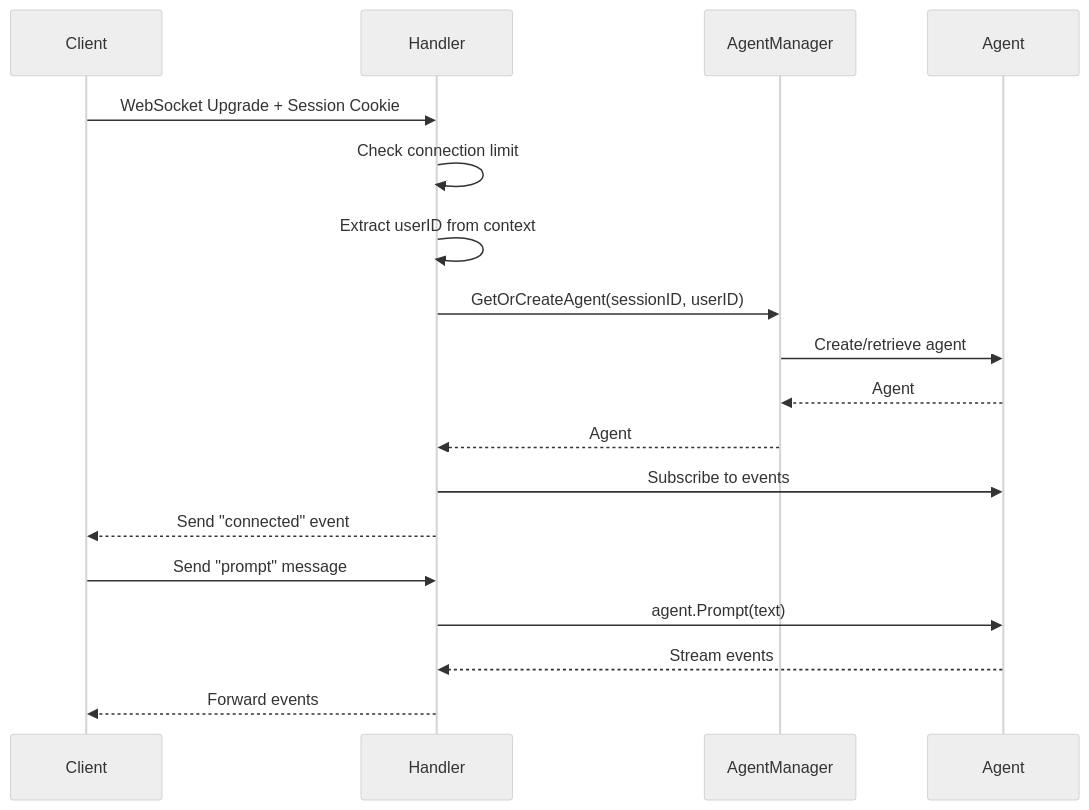
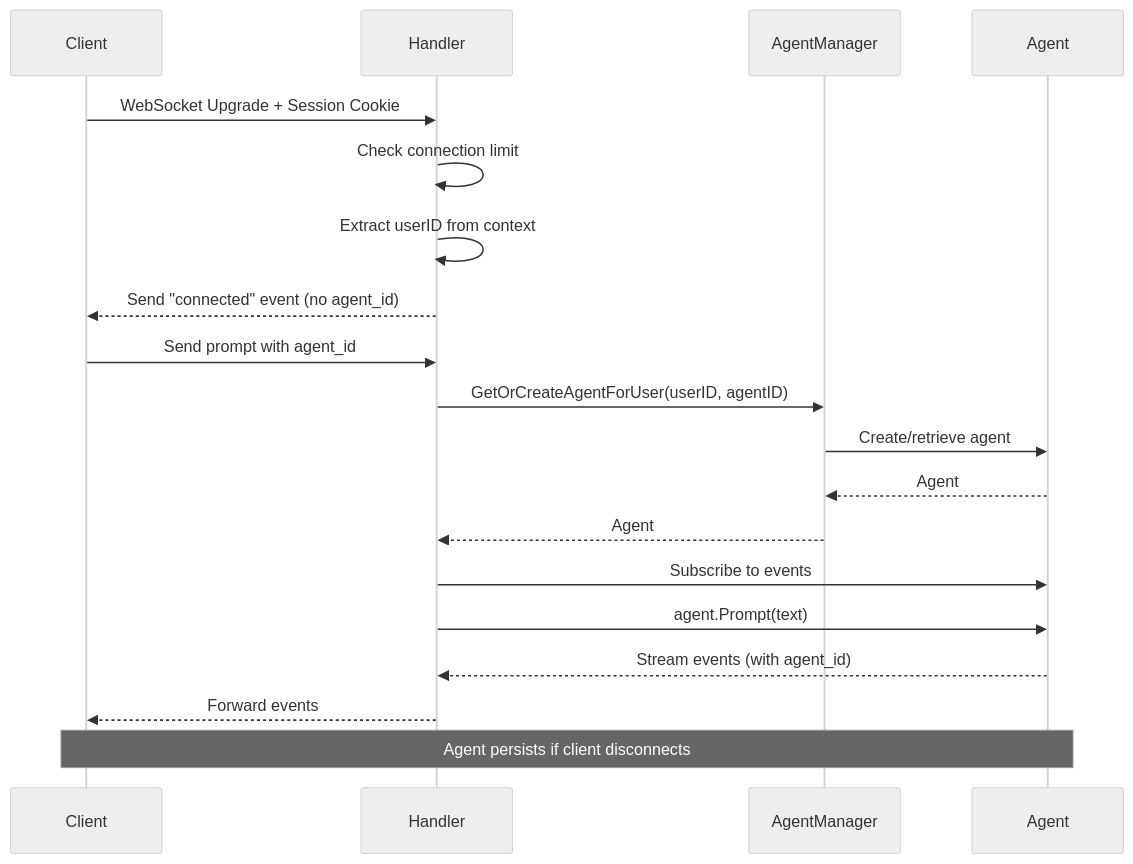
The second of 2 diagrams in docs/websocket.md (radch-ai/ava), drawn with Mermaid (neutral theme) before and after one commit. The commit also changed other lines of this file and 7 other files, not shown here.

First line of the commit message:
docs: regenerate documentation for multi-agent storage architecture

````diff
--- a/docs/websocket.md
+++ b/docs/websocket.md
@@ -157,21 +204,24 @@
 ```mermaid
 sequenceDiagram
     participant C as Client
     participant H as Handler
     participant AM as AgentManager
     participant A as Agent
 
     C->>H: WebSocket Upgrade + Session Cookie
     H->>H: Check connection limit
     H->>H: Extract userID from context
-    H->>AM: GetOrCreateAgent(sessionID, userID)
+    H-->>C: Send "connected" event (no agent_id)
+
+    C->>H: Send prompt with agent_id
+    H->>AM: GetOrCreateAgentForUser(userID, agentID)
     AM->>A: Create/retrieve agent
     A-->>AM: Agent
     AM-->>H: Agent
     H->>A: Subscribe to events
-    H-->>C: Send "connected" event
-    C->>H: Send "prompt" message
     H->>A: agent.Prompt(text)
-    A-->>H: Stream events
+    A-->>H: Stream events (with agent_id)
     H-->>C: Forward events
+
+    Note over C,A: Agent persists if client disconnects
 ```
````
